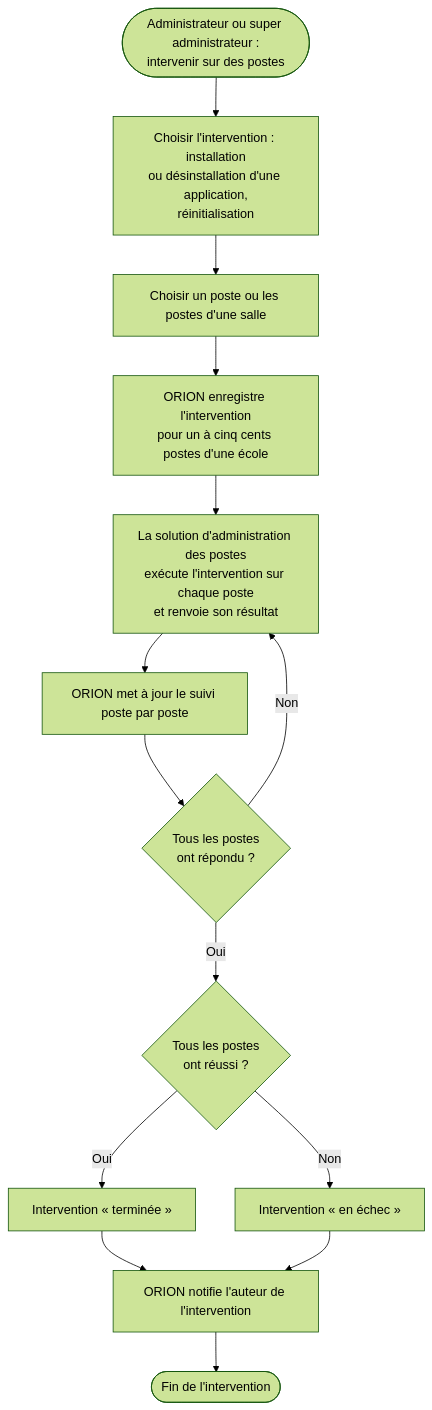
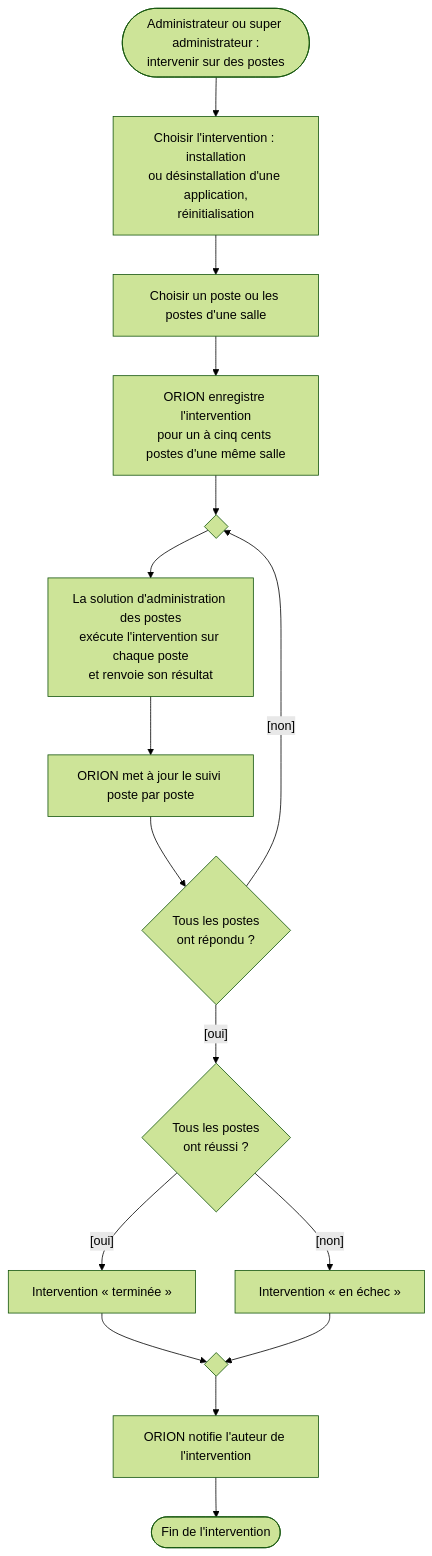
The seventh of 10 diagrams in docs/02-ANALYSE/01-MODELISATION-METIER/02-DIAGRAMMES-ACTIVITE.md (bpierrelouis/aster), drawn with Mermaid (forest theme) before and after one commit. The commit also changed other lines of this file and 34 other files, not shown here.

First line of the commit message:
docs(diagrammes): aligner les diagrammes UML sur le code et les remettre en page

````diff
--- a/docs/02-ANALYSE/01-MODELISATION-METIER/02-DIAGRAMMES-ACTIVITE.md
+++ b/docs/02-ANALYSE/01-MODELISATION-METIER/02-DIAGRAMMES-ACTIVITE.md
@@ -127,16 +132,18 @@
 ```mermaid
 flowchart TD
     debut(["Administrateur ou super administrateur :<br/>intervenir sur des postes"]) --> type["Choisir l'intervention : installation<br/>ou désinstallation d'une application,<br/>réinitialisation"]
     type --> cible["Choisir un poste ou les postes d'une salle"]
-    cible --> enregistrer["ORION enregistre l'intervention<br/>pour un à cinq cents postes d'une école"]
-    enregistrer --> executer["La solution d'administration des postes<br/>exécute l'intervention sur chaque poste<br/>et renvoie son résultat"]
+    cible --> enregistrer["ORION enregistre l'intervention<br/>pour un à cinq cents postes d'une même salle"]
+    enregistrer --> fusionExecution{" "}
+    fusionExecution --> executer["La solution d'administration des postes<br/>exécute l'intervention sur chaque poste<br/>et renvoie son résultat"]
     executer --> suivi["ORION met à jour le suivi poste par poste"]
     suivi --> reponses{"Tous les postes<br/>ont répondu ?"}
-    reponses -->|"Non"| executer
-    reponses -->|"Oui"| reussite{"Tous les postes<br/>ont réussi ?"}
-    reussite -->|"Oui"| terminee["Intervention « terminée »"]
-    reussite -->|"Non"| echec["Intervention « en échec »"]
-    terminee --> notifier["ORION notifie l'auteur de l'intervention"]
-    echec --> notifier
+    reponses -->|"[non]"| fusionExecution
+    reponses -->|"[oui]"| reussite{"Tous les postes<br/>ont réussi ?"}
+    reussite -->|"[oui]"| terminee["Intervention « terminée »"]
+    reussite -->|"[non]"| echec["Intervention « en échec »"]
+    terminee --> fusionNotification{" "}
+    echec --> fusionNotification
+    fusionNotification --> notifier["ORION notifie l'auteur de l'intervention"]
     notifier --> fin(["Fin de l'intervention"])
 ```
````
